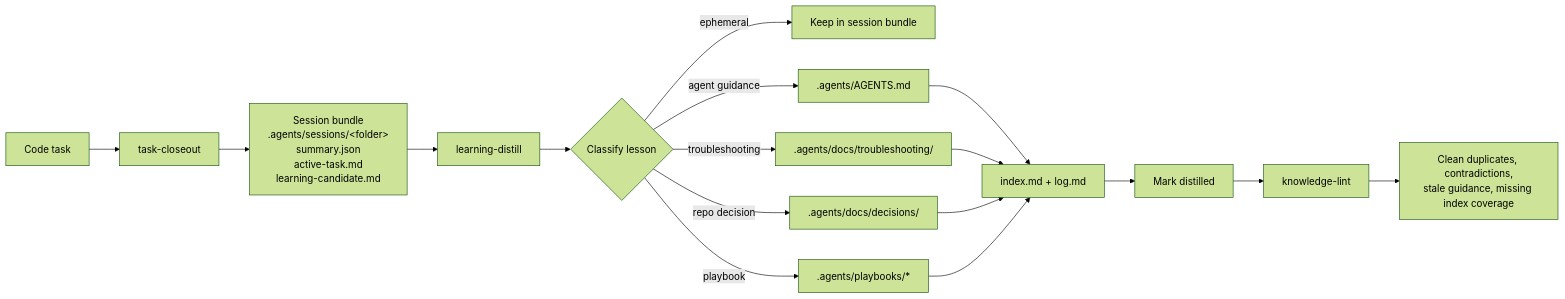
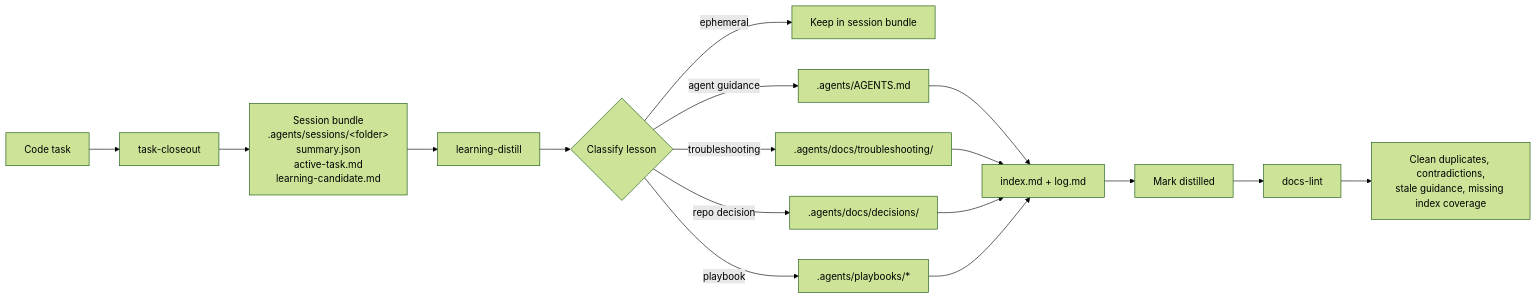
One commit to Hypercubed/Agent-Knowledge-Starter-Kit changed the diagram in README.md. Above: the diagram before and after it, drawn with Mermaid (forest theme). The commit also changed other lines of this file and 65 other files, not shown here.

````diff
--- a/README.md
+++ b/README.md
@@ -83,23 +83,23 @@
 ```mermaid
 flowchart LR
     A[Code task] --> B[task-closeout]
     B --> C[Session bundle<br/>.agents/sessions/&lt;folder&gt;<br/>summary.json<br/>active-task.md<br/>learning-candidate.md]
 
     C --> D[learning-distill]
     D --> E{Classify lesson}
 
     E -->|ephemeral| F[Keep in session bundle]
     E -->|agent guidance| G[.agents/AGENTS.md]
     E -->|troubleshooting| H[.agents/docs/troubleshooting/]
     E -->|repo decision| I[.agents/docs/decisions/]
     E -->|playbook| J[.agents/playbooks/*]
 
     G --> K[index.md + log.md]
     H --> K
     I --> K
     J --> K
 
     K --> L[Mark distilled]
-    L --> M[knowledge-lint]
+    L --> M[docs-lint]
     M --> N[Clean duplicates, contradictions,<br/>stale guidance, missing index coverage]
 ```
````
